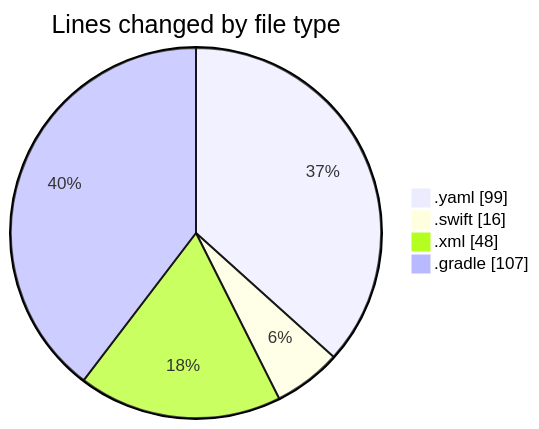
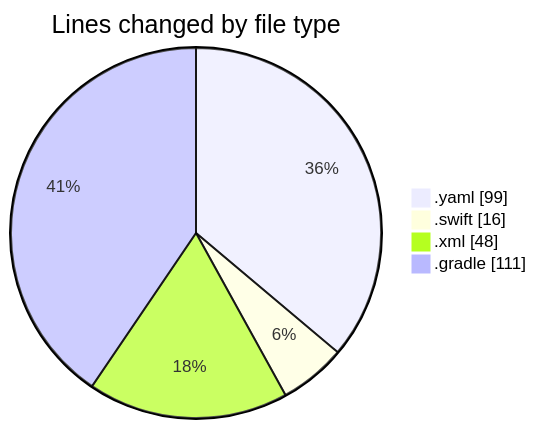
The first of 2 diagrams in 2025-02-16/uber_clone_v1/README.md (donsfak/code-tracking), drawn with Mermaid before and after one commit. The commit also changed other lines of this file and 1 other file, not shown here.

````diff
--- a/2025-02-16/uber_clone_v1/README.md
+++ b/2025-02-16/uber_clone_v1/README.md
@@ -25,8 +25,8 @@
 ```mermaid
 pie showData
 title Lines changed by file type
 ".yaml" : 99
 ".swift" : 16
 ".xml" : 48
-".gradle" : 107
+".gradle" : 111
 ```
````
